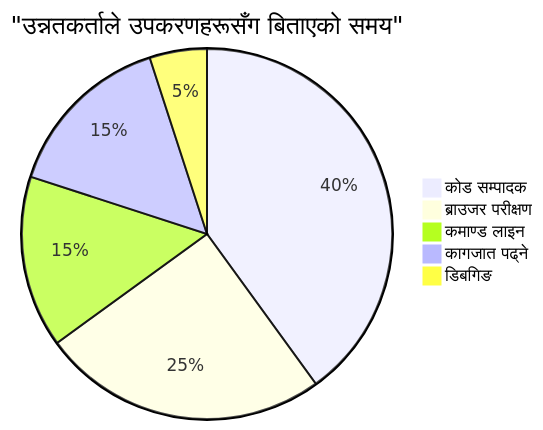
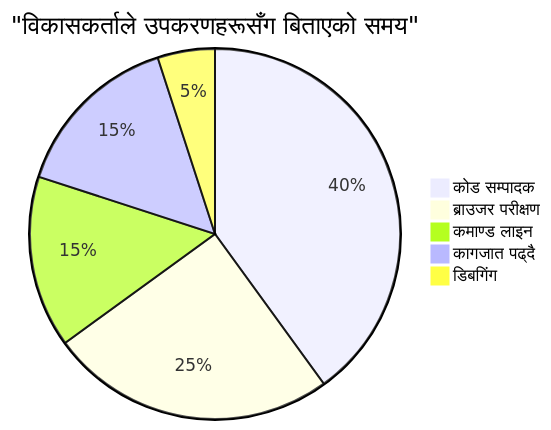
Before and after one commit to microsoft/Web-Dev-For-Beginners: the sixth of 7 diagrams in translations/ne/1-getting-started-lessons/1-intro-to-programming-languages/README.md, drawn with Mermaid. The commit also changed other lines of this file and 11 other files, not shown here.

````diff
--- a/translations/ne/1-getting-started-lessons/1-intro-to-programming-languages/README.md
+++ b/translations/ne/1-getting-started-lessons/1-intro-to-programming-languages/README.md
@@ -709,8 +711,8 @@
 ```mermaid
-pie title "उन्नतकर्ताले उपकरणहरूसँग बिताएको समय"
+pie title "विकासकर्ताले उपकरणहरूसँग बिताएको समय"
     "कोड सम्पादक" : 40
     "ब्राउजर परीक्षण" : 25
     "कमाण्ड लाइन" : 15
-    "कागजात पढ्ने" : 15
-    "डिबगिङ" : 5
-```  
+    "कागजात पढ्दै" : 15
+    "डिबगिंग" : 5
+```
````
